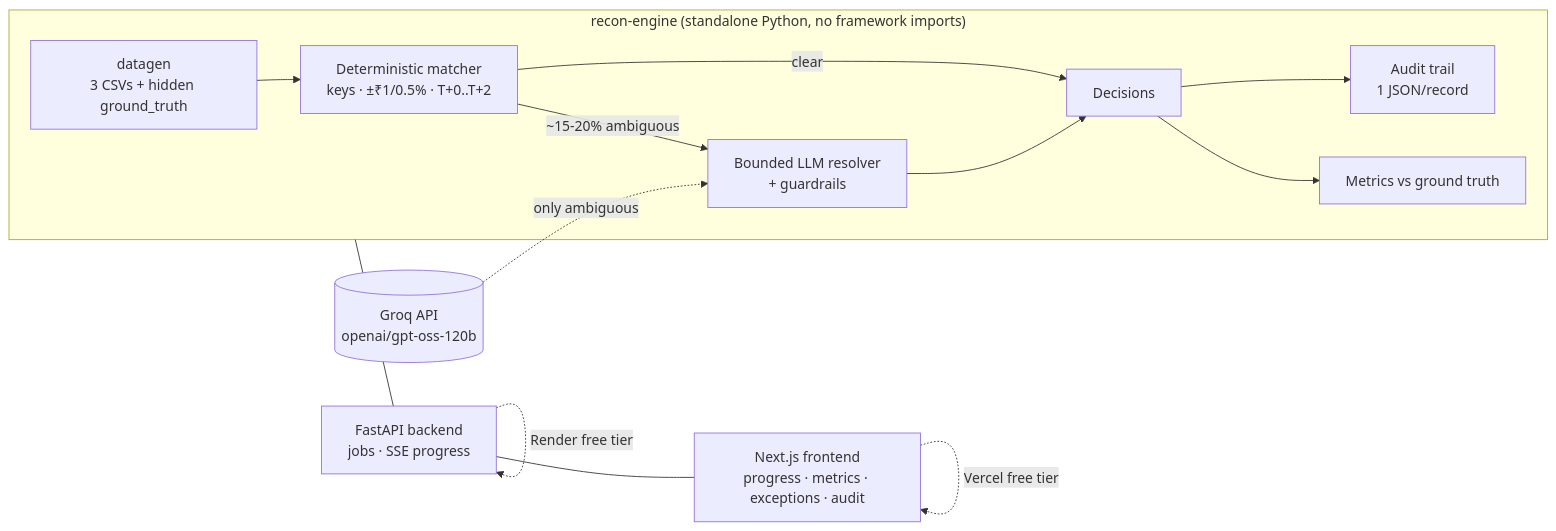
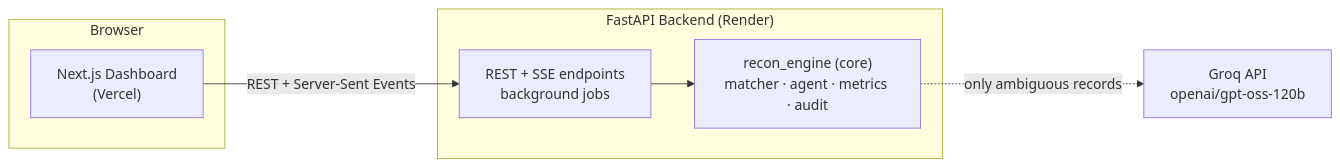
Before and after one commit to Aaronrao989/RazorRecon-AIFinanceController: the second of 2 diagrams in README.md, drawn with Mermaid. The commit also changed other lines of this file, not shown here.

````diff
--- a/README.md
+++ b/README.md
@@ -24,17 +166,15 @@
 ```mermaid
 flowchart LR
-  subgraph CORE["recon-engine (standalone Python, no framework imports)"]
-    G[datagen<br/>3 CSVs + hidden ground_truth] --> M[Deterministic matcher<br/>keys · ±₹1/0.5% · T+0..T+2]
-    M -->|clear| DEC[Decisions]
-    M -->|~15-20% ambiguous| R[Bounded LLM resolver<br/>+ guardrails]
-    R --> DEC
-    DEC --> A[Audit trail<br/>1 JSON/record]
-    DEC --> MET[Metrics vs ground truth]
-  end
-  LLM[(Groq API<br/>openai/gpt-oss-120b)] -.only ambiguous.-> R
-  CORE --- API[FastAPI backend<br/>jobs · SSE progress]
-  API --- UI[Next.js frontend<br/>progress · metrics · exceptions · audit]
+    subgraph Client["Browser"]
+        UI["Next.js Dashboard<br/>(Vercel)"]
+    end
+    subgraph Server["FastAPI Backend (Render)"]
+        API["REST + SSE endpoints<br/>background jobs"]
+        ENG["recon_engine (core)<br/>matcher · agent · metrics · audit"]
+    end
+    LLM["Groq API<br/>openai/gpt-oss-120b"]
 
-  API -. Render free tier .-> API
-  UI  -. Vercel free tier .-> UI
+    UI -->|REST + Server-Sent Events| API
+    API --> ENG
+    ENG -.->|only ambiguous records| LLM
 ```
````
